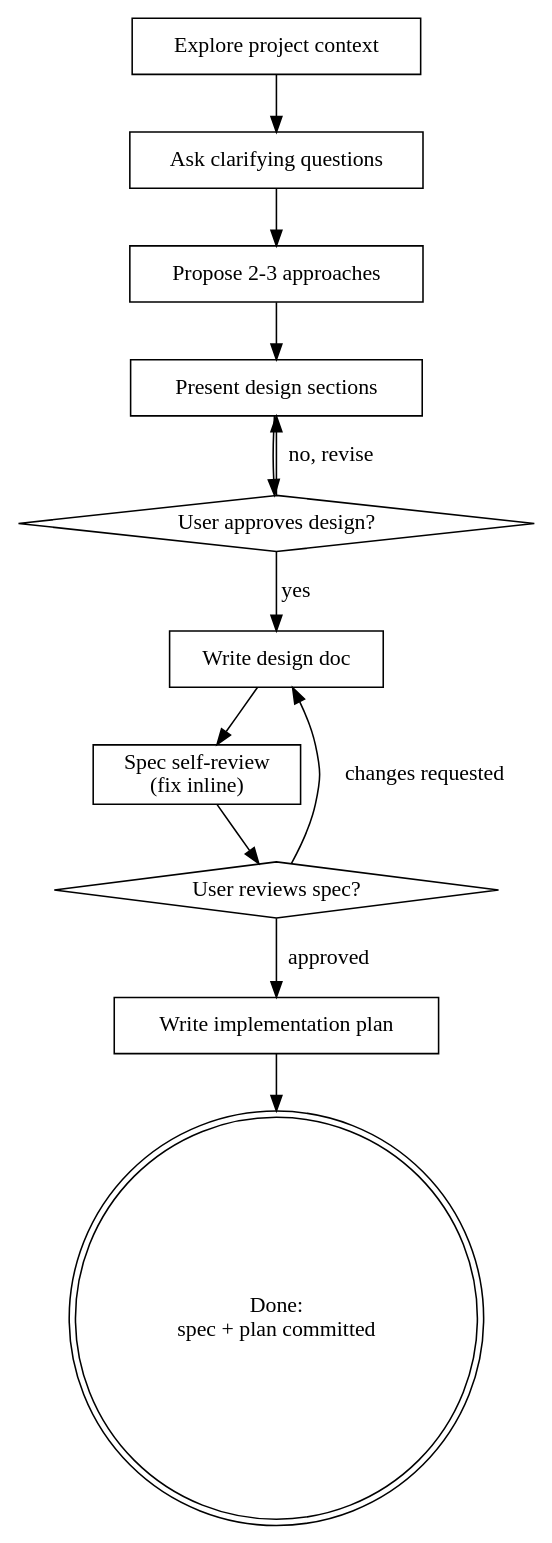
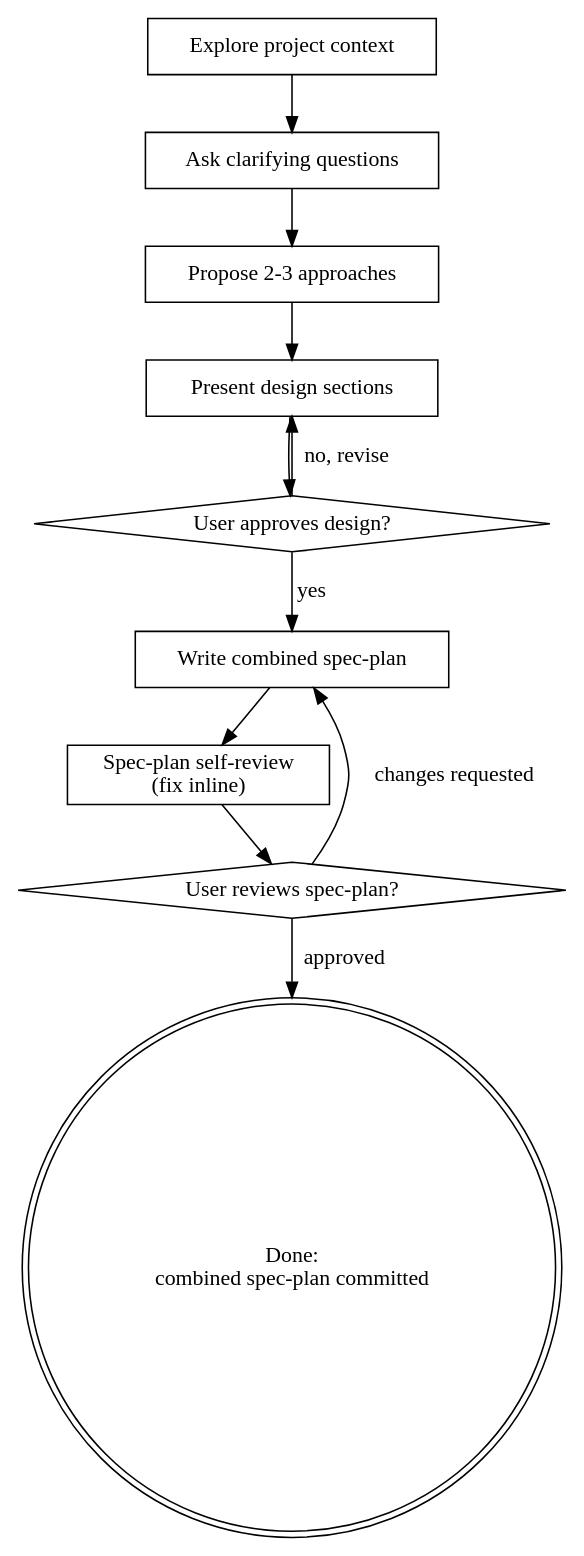
The diagram in skills/brainstorming/SKILL.md (harrismcc/skills), drawn with Graphviz before and after one commit. The commit also changed other lines of this file, not shown here.

Commit message:
Update brainstorming spec-plan workflow

````diff
--- a/skills/brainstorming/SKILL.md
+++ b/skills/brainstorming/SKILL.md
@@ -35,26 +34,24 @@
 ```dot
 digraph brainstorming {
     "Explore project context" [shape=box];
     "Ask clarifying questions" [shape=box];
     "Propose 2-3 approaches" [shape=box];
     "Present design sections" [shape=box];
     "User approves design?" [shape=diamond];
-    "Write design doc" [shape=box];
-    "Spec self-review\n(fix inline)" [shape=box];
-    "User reviews spec?" [shape=diamond];
-    "Write implementation plan" [shape=box];
-    "Done:\nspec + plan committed" [shape=doublecircle];
+    "Write combined spec-plan" [shape=box];
+    "Spec-plan self-review\n(fix inline)" [shape=box];
+    "User reviews spec-plan?" [shape=diamond];
+    "Done:\ncombined spec-plan committed" [shape=doublecircle];
 
     "Explore project context" -> "Ask clarifying questions";
     "Ask clarifying questions" -> "Propose 2-3 approaches";
     "Propose 2-3 approaches" -> "Present design sections";
     "Present design sections" -> "User approves design?";
     "User approves design?" -> "Present design sections" [label="no, revise"];
-    "User approves design?" -> "Write design doc" [label="yes"];
-    "Write design doc" -> "Spec self-review\n(fix inline)";
-    "Spec self-review\n(fix inline)" -> "User reviews spec?";
-    "User reviews spec?" -> "Write design doc" [label="changes requested"];
-    "User reviews spec?" -> "Write implementation plan" [label="approved"];
-    "Write implementation plan" -> "Done:\nspec + plan committed";
+    "User approves design?" -> "Write combined spec-plan" [label="yes"];
+    "Write combined spec-plan" -> "Spec-plan self-review\n(fix inline)";
+    "Spec-plan self-review\n(fix inline)" -> "User reviews spec-plan?";
+    "User reviews spec-plan?" -> "Write combined spec-plan" [label="changes requested"];
+    "User reviews spec-plan?" -> "Done:\ncombined spec-plan committed" [label="approved"];
 }
 ```
````
